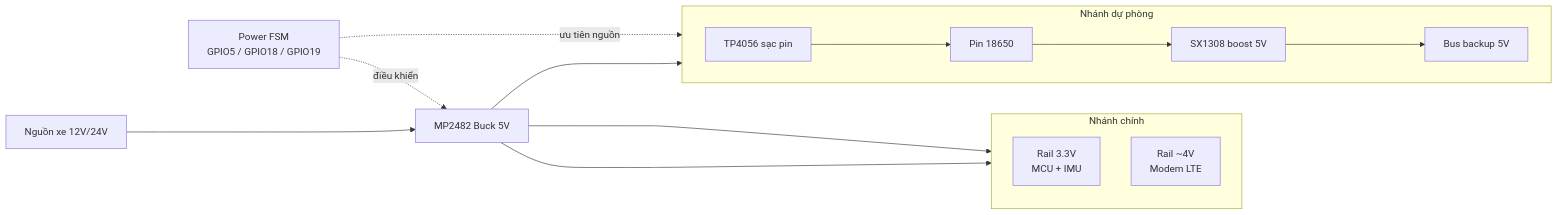
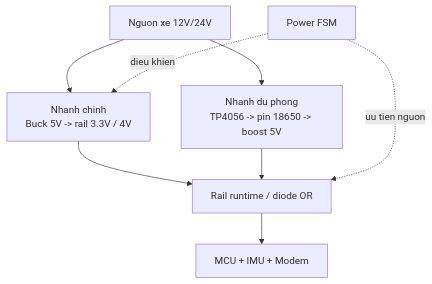
Before and after one commit to anmh1205/IoT_Vehicle_Tracking_System: the diagram in resources/reports/thesis/final/assets/uml/07-chuong-4-trien-khai-hardware-hinh-4-6.mmd, drawn with Mermaid. The commit also changed 705 other files, not shown here.

```diff
--- a/resources/reports/thesis/final/assets/uml/07-chuong-4-trien-khai-hardware-hinh-4-6.mmd
+++ b/resources/reports/thesis/final/assets/uml/07-chuong-4-trien-khai-hardware-hinh-4-6.mmd
@@ -1,30 +1,12 @@
-flowchart LR
-    Vin["Nguồn xe 12V/24V"]
-    Buck["MP2482 Buck 5V"]
+flowchart TB
+    Source["Nguon xe 12V/24V"]
+    Main["Nhanh chinh<br/>Buck 5V -> rail 3.3V / 4V"]
+    Backup["Nhanh du phong<br/>TP4056 -> pin 18650 -> boost 5V"]
+    Runtime["Rail runtime / diode OR"]
+    Loads["MCU + IMU + Modem"]
+    Fsm["Power FSM"]
 
-    subgraph MainRail["Nhánh chính"]
-        direction TB
-        Rail33["Rail 3.3V\nMCU + IMU"]
-        Rail4["Rail ~4V\nModem LTE"]
-    end
-
-    subgraph BackupRail["Nhánh dự phòng"]
-        direction LR
-        Charge["TP4056 sạc pin"]
-        Cell["Pin 18650"]
-        Boost["SX1308 boost 5V"]
-        BackupBus["Bus backup 5V"]
-    end
-
-    Fsm["Power FSM\nGPIO5 / GPIO18 / GPIO19"]
-
-    Vin ----> Buck
-    Buck ----> Rail33
-    Buck ----> Rail4
-    Buck ----> Charge
-    Charge ----> Cell
-    Cell ----> Boost
-    Boost ----> BackupBus
-
-    Fsm -.->|điều khiển| Buck
-    Fsm -.->|ưu tiên nguồn| BackupBus
+    Source --> Main --> Runtime --> Loads
+    Source --> Backup --> Runtime
+    Fsm -. dieu khien .-> Main
+    Fsm -. uu tien nguon .-> Runtime
```
